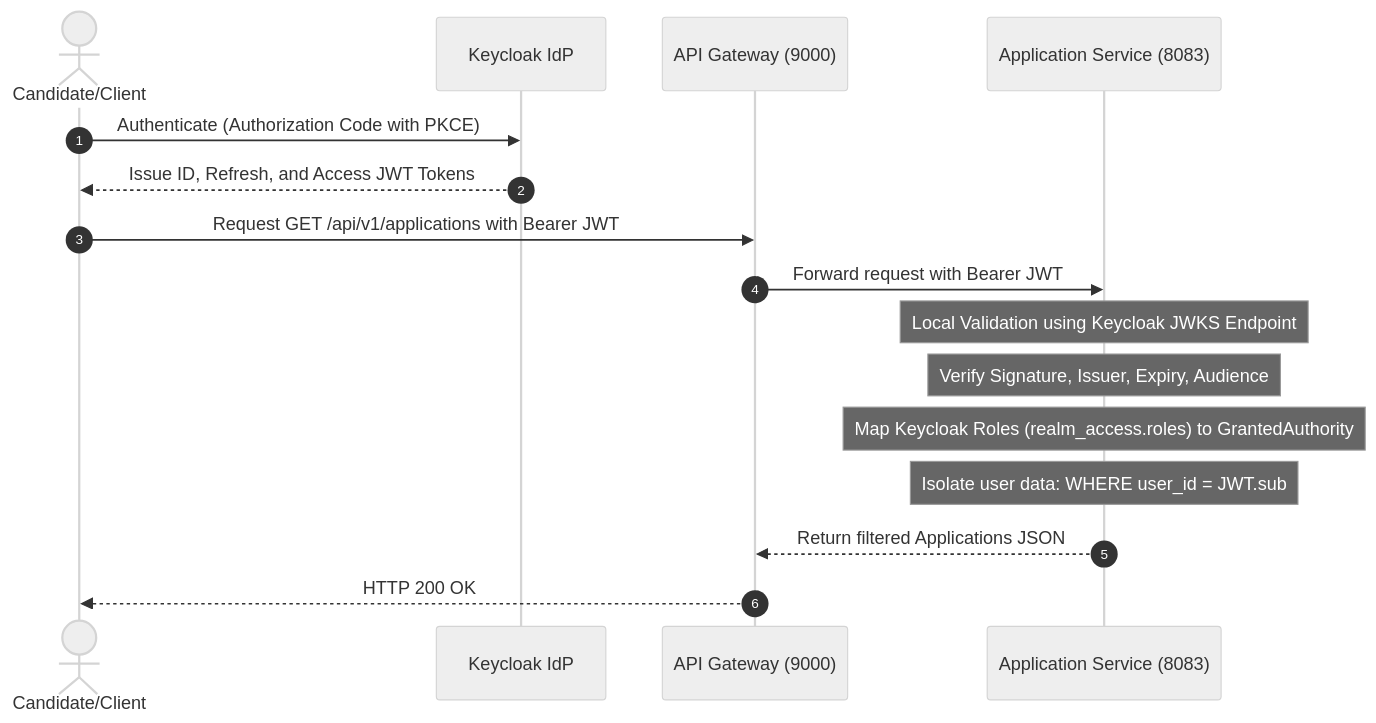
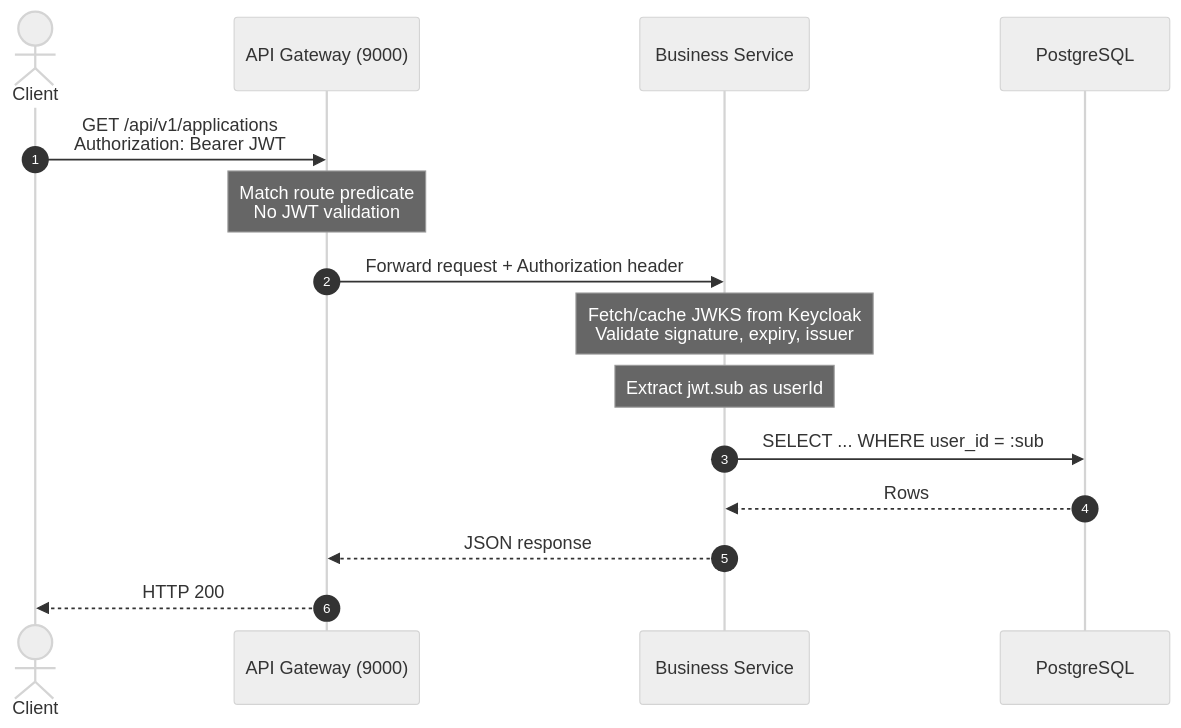
The second of 4 diagrams in docs/architecture.md (strike0702/careerflow), drawn with Mermaid (neutral theme) before and after one commit. The commit also changed other lines of this file and 14 other files, not shown here.

````diff
--- a/docs/architecture.md
+++ b/docs/architecture.md
@@ -231,19 +74,18 @@
 ```mermaid
 sequenceDiagram
     autonumber
-    actor Candidate as Candidate/Client
-    participant Keycloak as Keycloak IdP
+    actor Client
     participant Gateway as API Gateway (9000)
-    participant AppService as Application Service (8083)
+    participant Service as Business Service
+    participant DB as PostgreSQL
 
-    Candidate ->> Keycloak: Authenticate (Authorization Code with PKCE)
-    Keycloak -->> Candidate: Issue ID, Refresh, and Access JWT Tokens
-    Candidate ->> Gateway: Request GET /api/v1/applications with Bearer JWT
-    Gateway ->> AppService: Forward request with Bearer JWT
-    Note over AppService: Local Validation using Keycloak JWKS Endpoint
-    Note over AppService: Verify Signature, Issuer, Expiry, Audience
-    Note over AppService: Map Keycloak Roles (realm_access.roles) to GrantedAuthority
-    Note over AppService: Isolate user data: WHERE user_id = JWT.sub
-    AppService -->> Gateway: Return filtered Applications JSON
-    Gateway -->> Candidate: HTTP 200 OK
+    Client->>Gateway: GET /api/v1/applications<br/>Authorization: Bearer JWT
+    Note over Gateway: Match route predicate<br/>No JWT validation
+    Gateway->>Service: Forward request + Authorization header
+    Note over Service: Fetch/cache JWKS from Keycloak<br/>Validate signature, expiry, issuer
+    Note over Service: Extract jwt.sub as userId
+    Service->>DB: SELECT ... WHERE user_id = :sub
+    DB-->>Service: Rows
+    Service-->>Gateway: JSON response
+    Gateway-->>Client: HTTP 200
 ```
````
